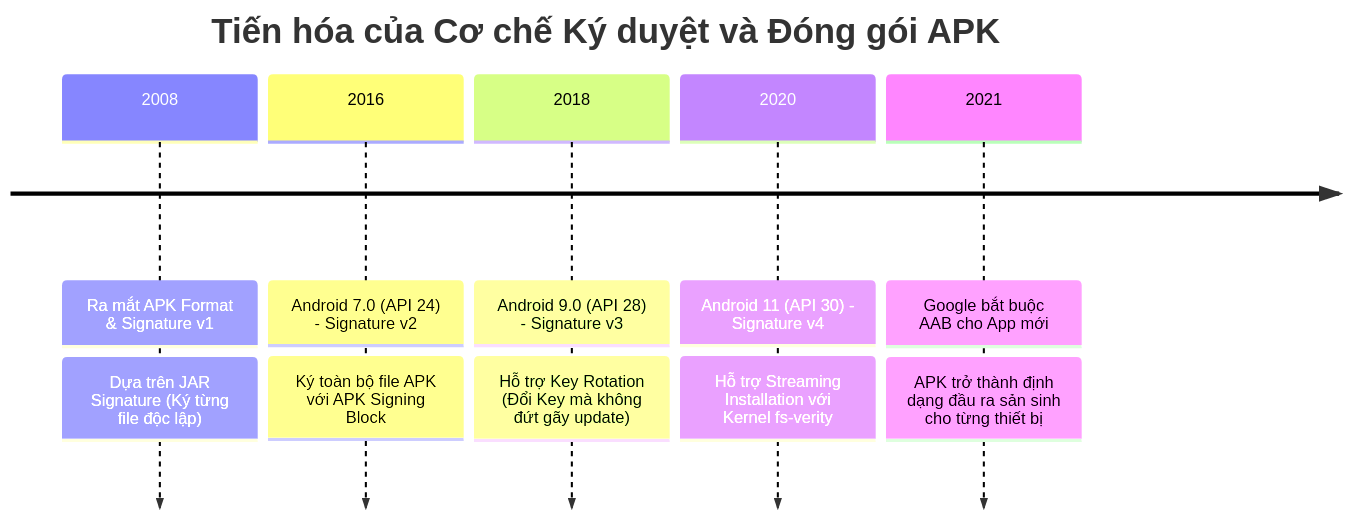
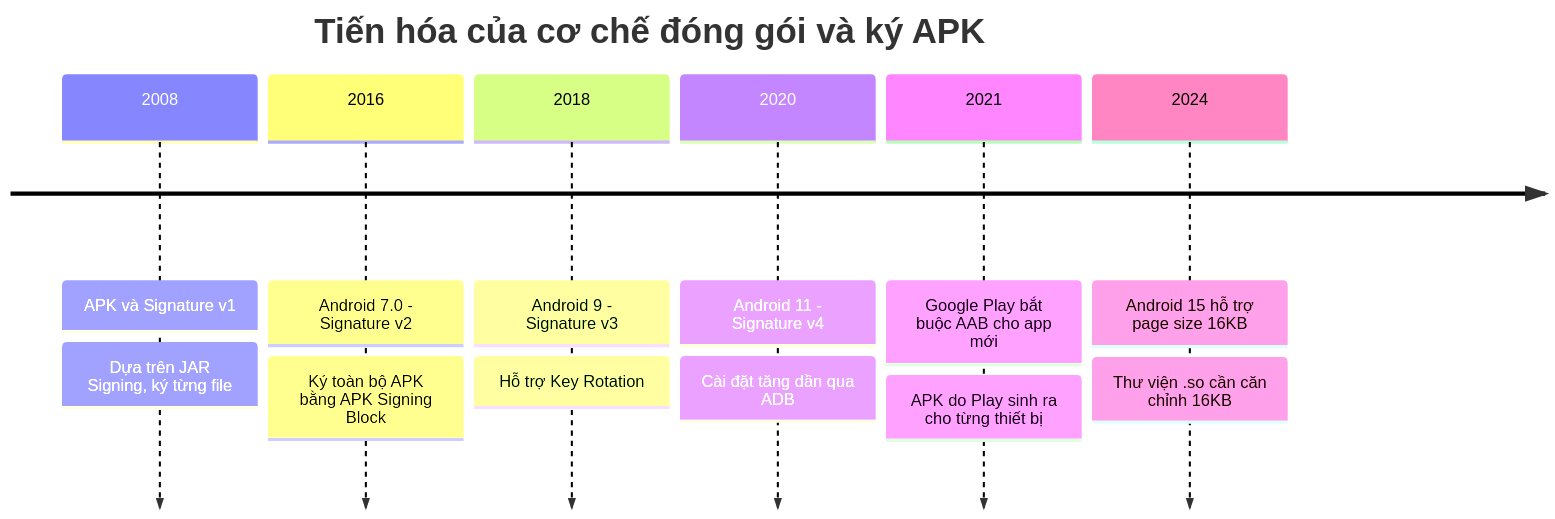
The first of 3 diagrams in knowledge/android/docs/session_01/output_packages/apk_files.md (h1eu/knowledge), drawn with Mermaid before and after one commit. The commit also changed other lines of this file and 80 other files, not shown here.

First line of the commit message:
docs(android): rewrite Session 01, add Claude Code config and diagrams

````diff
--- a/knowledge/android/docs/session_01/output_packages/apk_files.md
+++ b/knowledge/android/docs/session_01/output_packages/apk_files.md
@@ -49,9 +50,10 @@
 ```mermaid
 timeline
-    title Tiến hóa của Cơ chế Ký duyệt và Đóng gói APK
-    2008 : Ra mắt APK Format & Signature v1 : Dựa trên JAR Signature (Ký từng file độc lập)
-    2016 : Android 7.0 (API 24) - Signature v2 : Ký toàn bộ file APK với APK Signing Block
-    2018 : Android 9.0 (API 28) - Signature v3 : Hỗ trợ Key Rotation (Đổi Key mà không đứt gãy update)
-    2020 : Android 11 (API 30) - Signature v4 : Hỗ trợ Streaming Installation với Kernel fs-verity
-    2021 : Google bắt buộc AAB cho App mới : APK trở thành định dạng đầu ra sản sinh cho từng thiết bị
+    title Tiến hóa của cơ chế đóng gói và ký APK
+    2008 : APK và Signature v1 : Dựa trên JAR Signing, ký từng file
+    2016 : Android 7.0 - Signature v2 : Ký toàn bộ APK bằng APK Signing Block
+    2018 : Android 9 - Signature v3 : Hỗ trợ Key Rotation
+    2020 : Android 11 - Signature v4 : Cài đặt tăng dần qua ADB
+    2021 : Google Play bắt buộc AAB cho app mới : APK do Play sinh ra cho từng thiết bị
+    2024 : Android 15 hỗ trợ page size 16KB : Thư viện .so cần căn chỉnh 16KB
 ```
````
